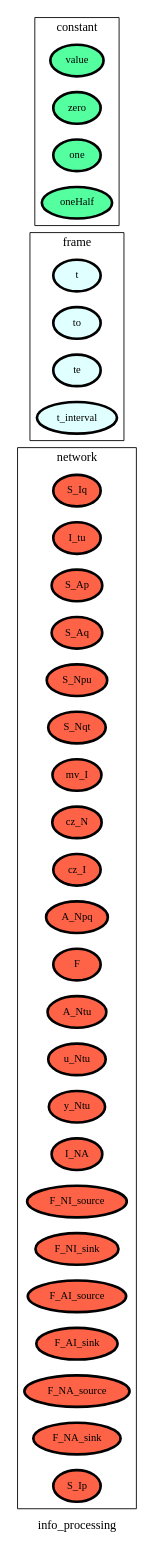
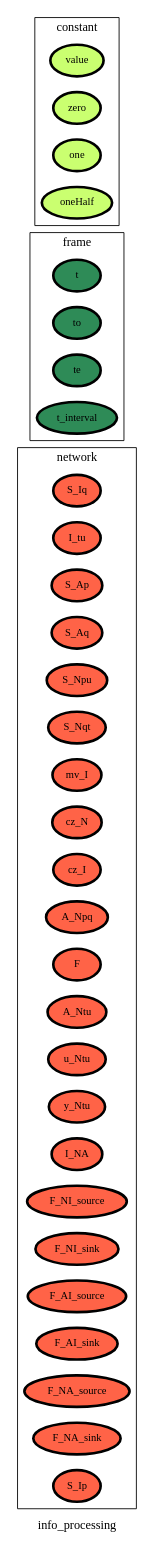
The diagram in ontology_graphs/graph__info_processing.dot (heinz-preisig/processes_distributed_no_interface_eqs), drawn with Graphviz before and after one commit. The commit also changed 36 other files, not shown here.

```diff
--- a/ontology_graphs/graph__info_processing.dot
+++ b/ontology_graphs/graph__info_processing.dot
@@ -1,54 +1,54 @@
 digraph info_processing {
 label=info_processing;
 rankdir=LR;
 subgraph cluster_info_processing___network {
 label=network;
 rankdir=LR;
 V_10 [fillcolor=tomato, fontsize=12, label=S_Iq, penwidth=3, style=filled];
 V_11 [fillcolor=tomato, fontsize=12, label=I_tu, penwidth=3, style=filled];
 V_12 [fillcolor=tomato, fontsize=12, label=S_Ap, penwidth=3, style=filled];
 V_13 [fillcolor=tomato, fontsize=12, label=S_Aq, penwidth=3, style=filled];
 V_14 [fillcolor=tomato, fontsize=12, label=S_Npu, penwidth=3, style=filled];
 V_15 [fillcolor=tomato, fontsize=12, label=S_Nqt, penwidth=3, style=filled];
 V_16 [fillcolor=tomato, fontsize=12, label=mv_I, penwidth=3, style=filled];
 V_17 [fillcolor=tomato, fontsize=12, label=cz_N, penwidth=3, style=filled];
 V_18 [fillcolor=tomato, fontsize=12, label=cz_I, penwidth=3, style=filled];
 V_19 [fillcolor=tomato, fontsize=12, label=A_Npq, penwidth=3, style=filled];
 V_2 [fillcolor=tomato, fontsize=12, label=F, penwidth=3, style=filled];
 V_20 [fillcolor=tomato, fontsize=12, label=A_Ntu, penwidth=3, style=filled];
 V_21 [fillcolor=tomato, fontsize=12, label=u_Ntu, penwidth=3, style=filled];
 V_22 [fillcolor=tomato, fontsize=12, label=y_Ntu, penwidth=3, style=filled];
 V_27 [fillcolor=tomato, fontsize=12, label=I_NA, penwidth=3, style=filled];
 V_3 [fillcolor=tomato, fontsize=12, label=F_NI_source, penwidth=3, style=filled];
 V_4 [fillcolor=tomato, fontsize=12, label=F_NI_sink, penwidth=3, style=filled];
 V_5 [fillcolor=tomato, fontsize=12, label=F_AI_source, penwidth=3, style=filled];
 V_6 [fillcolor=tomato, fontsize=12, label=F_AI_sink, penwidth=3, style=filled];
 V_7 [fillcolor=tomato, fontsize=12, label=F_NA_source, penwidth=3, style=filled];
 V_8 [fillcolor=tomato, fontsize=12, label=F_NA_sink, penwidth=3, style=filled];
 V_9 [fillcolor=tomato, fontsize=12, label=S_Ip, penwidth=3, style=filled];
 }
 
 subgraph cluster_info_processing___frame {
 label=frame;
 rankdir=LR;
-V_1 [fillcolor=lightcyan1, fontsize=12, label=t, penwidth=3, style=filled];
-V_105 [fillcolor=lightcyan1, fontsize=12, label=to, penwidth=3, style=filled];
-V_106 [fillcolor=lightcyan1, fontsize=12, label=te, penwidth=3, style=filled];
-V_107 [fillcolor=lightcyan1, fontsize=12, label=t_interval, penwidth=3, style=filled];
+V_1 [fillcolor=seagreen, fontsize=12, label=t, penwidth=3, style=filled];
+V_105 [fillcolor=seagreen, fontsize=12, label=to, penwidth=3, style=filled];
+V_106 [fillcolor=seagreen, fontsize=12, label=te, penwidth=3, style=filled];
+V_107 [fillcolor=seagreen, fontsize=12, label=t_interval, penwidth=3, style=filled];
 }
 
 subgraph cluster_info_processing___state {
 label=state;
 rankdir=LR;
 }
 
 subgraph cluster_info_processing___constant {
 label=constant;
 rankdir=LR;
-V_101 [fillcolor=seagreen1, fontsize=12, label=value, penwidth=3, style=filled];
-V_102 [fillcolor=seagreen1, fontsize=12, label=zero, penwidth=3, style=filled];
-V_103 [fillcolor=seagreen1, fontsize=12, label=one, penwidth=3, style=filled];
-V_104 [fillcolor=seagreen1, fontsize=12, label=oneHalf, penwidth=3, style=filled];
+V_101 [fillcolor=darkolivegreen1, fontsize=12, label=value, penwidth=3, style=filled];
+V_102 [fillcolor=darkolivegreen1, fontsize=12, label=zero, penwidth=3, style=filled];
+V_103 [fillcolor=darkolivegreen1, fontsize=12, label=one, penwidth=3, style=filled];
+V_104 [fillcolor=darkolivegreen1, fontsize=12, label=oneHalf, penwidth=3, style=filled];
 }
 
 }
```
